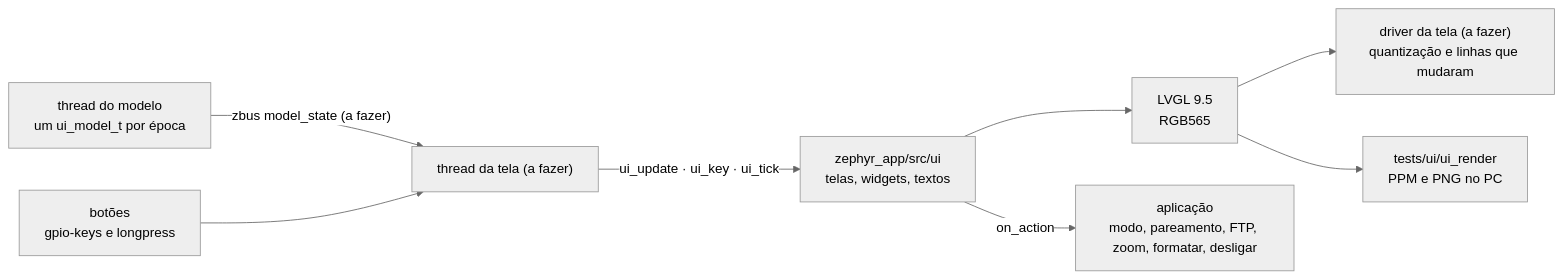
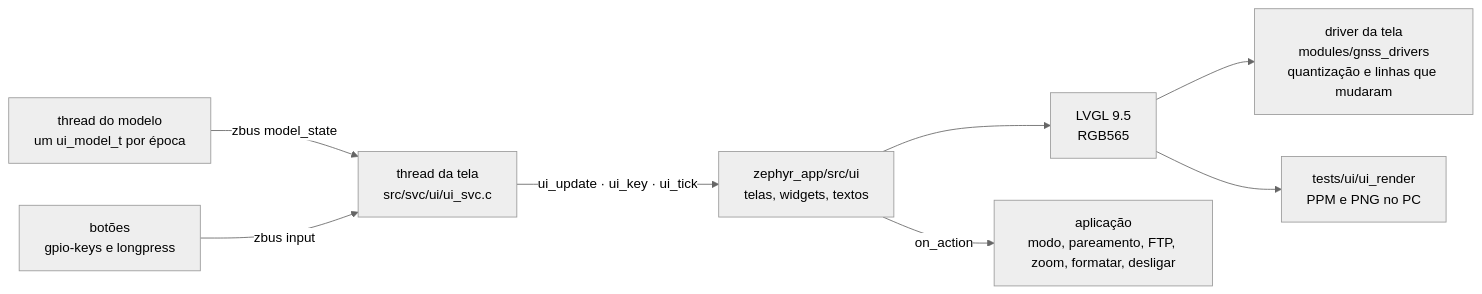
One commit to Guiimartinho/gnss-bike-computer changed the diagram in docs/18-interface-telas.md. Above: the diagram before and after it, drawn with Mermaid (neutral theme). The commit also changed other lines of this file and 47 other files, not shown here.

````diff
--- a/docs/18-interface-telas.md
+++ b/docs/18-interface-telas.md
@@ -51,10 +52,10 @@
 ```mermaid
 flowchart LR
-    MODEL["thread do modelo<br/>um ui_model_t por época"] -->|"zbus model_state (a fazer)"| UIT["thread da tela (a fazer)"]
-    KEYS["botões<br/>gpio-keys e longpress"] --> UIT
+    MODEL["thread do modelo<br/>um ui_model_t por época"] -->|"zbus model_state"| UIT["thread da tela<br/>src/svc/ui/ui_svc.c"]
+    KEYS["botões<br/>gpio-keys e longpress"] -->|"zbus input"| UIT
     UIT -->|"ui_update · ui_key · ui_tick"| UI["zephyr_app/src/ui<br/>telas, widgets, textos"]
     UI --> LVGL["LVGL 9.5<br/>RGB565"]
-    LVGL --> DRV["driver da tela (a fazer)<br/>quantização e linhas que mudaram"]
+    LVGL --> DRV["driver da tela<br/>modules/gnss_drivers<br/>quantização e linhas que mudaram"]
     UI -->|"on_action"| APP["aplicação<br/>modo, pareamento, FTP, zoom, formatar, desligar"]
     LVGL --> HOST["tests/ui/ui_render<br/>PPM e PNG no PC"]
 ```
````
